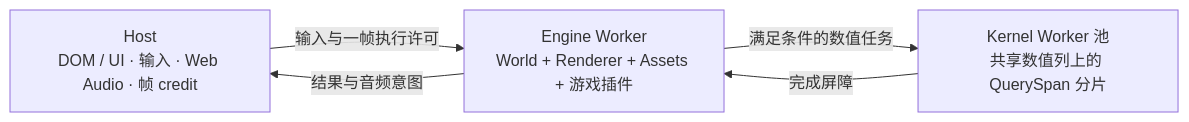
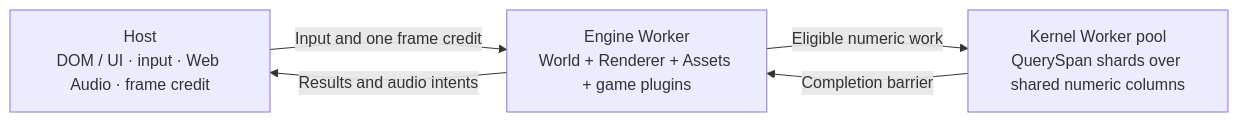
Before and after one commit to ForgeAX/forgeax-engine: the second of 2 diagrams in README.md, drawn with Mermaid. The commit also changed other lines of this file and 1280 other files, not shown here.

````diff
--- a/README.md
+++ b/README.md
@@ -240,10 +240,10 @@
 ```mermaid
 flowchart LR
-    HOST["Host<br/>DOM / UI · 输入 · Web Audio · 帧 credit"]
-    ENGINE["Engine Worker<br/>World + Renderer + Assets + 游戏插件"]
-    KERNEL["Kernel Worker 池<br/>共享数值列上的 QuerySpan 分片"]
-    HOST -->|"输入与一帧执行许可"| ENGINE
-    ENGINE -->|"结果与音频意图"| HOST
-    ENGINE -->|"满足条件的数值任务"| KERNEL
-    KERNEL -->|"完成屏障"| ENGINE
+    HOST["Host<br/>DOM / UI · input · Web Audio · frame credit"]
+    ENGINE["Engine Worker<br/>World + Renderer + Assets + game plugins"]
+    KERNEL["Kernel Worker pool<br/>QuerySpan shards over shared numeric columns"]
+    HOST -->|"Input and one frame credit"| ENGINE
+    ENGINE -->|"Results and audio intents"| HOST
+    ENGINE -->|"Eligible numeric work"| KERNEL
+    KERNEL -->|"Completion barrier"| ENGINE
 ```
````
